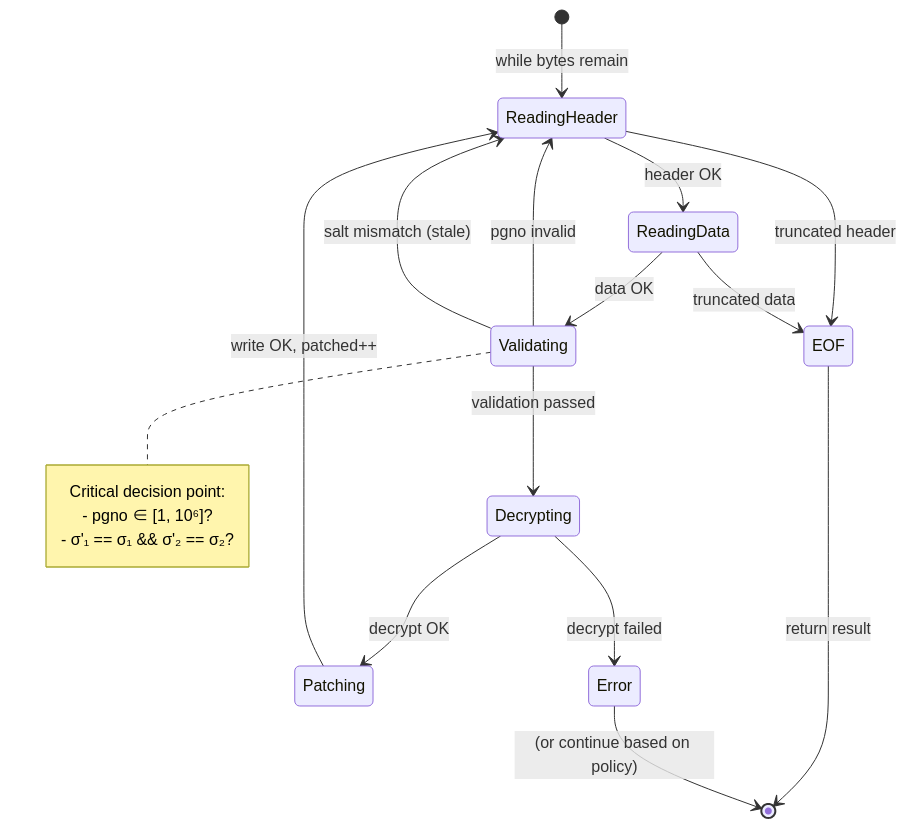
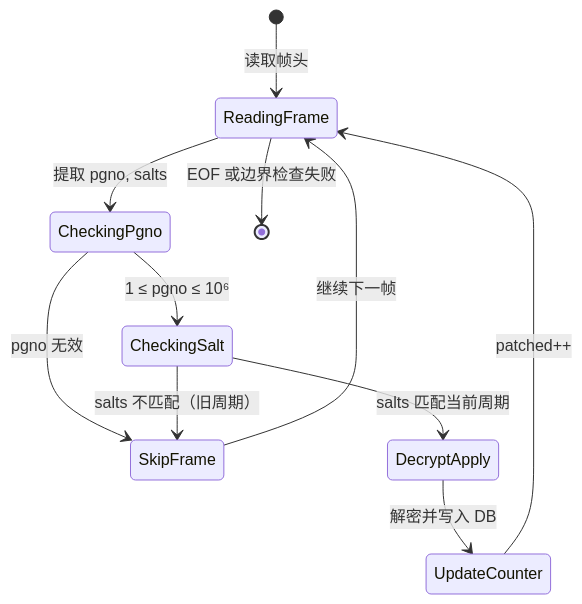
The second of 3 diagrams in public/wechat-decrypt/guide-core-algorithms-wal-frame-reconciliation.md (nerdneilsfield/code-wiki-pages), drawn with Mermaid before and after one commit. The commit also changed other lines of this file and 33 other files, not shown here.

````diff
--- a/public/wechat-decrypt/guide-core-algorithms-wal-frame-reconciliation.md
+++ b/public/wechat-decrypt/guide-core-algorithms-wal-frame-reconciliation.md
@@ -245,28 +229,19 @@
 ```mermaid
 stateDiagram-v2
-    [*] --> ReadingHeader : while bytes remain
+    [*] --> ReadingFrame: 读取帧头
     
-    ReadingHeader --> ReadingData : header OK
-    ReadingHeader --> EOF : truncated header
+    ReadingFrame --> CheckingPgno: 提取 pgno, salts
     
-    ReadingData --> Validating : data OK
-    ReadingData --> EOF : truncated data
+    CheckingPgno --> CheckingSalt: 1 ≤ pgno ≤ 10⁶
+    CheckingPgno --> SkipFrame: pgno 无效
     
-    Validating --> ReadingHeader : pgno invalid
-    Validating --> ReadingHeader : salt mismatch (stale)
-    Validating --> Decrypting : validation passed
+    CheckingSalt --> DecryptApply: salts 匹配当前周期
+    CheckingSalt --> SkipFrame: salts 不匹配（旧周期）
     
-    Decrypting --> Patching : decrypt OK
-    Decrypting --> Error : decrypt failed
+    DecryptApply --> UpdateCounter: 解密并写入 DB
+    UpdateCounter --> ReadingFrame: patched++
     
-    Patching --> ReadingHeader : write OK, patched++
+    SkipFrame --> ReadingFrame: 继续下一帧
     
-    EOF --> [*] : return result
-    Error --> [*] : (or continue based on policy)
-    
-    note right of Validating
-        Critical decision point:
-        - pgno ∈ [1, 10⁶]?
-        - σ'₁ == σ₁ && σ'₂ == σ₂?
-    end note
+    ReadingFrame --> [*]: EOF 或边界检查失败
 ```
````
